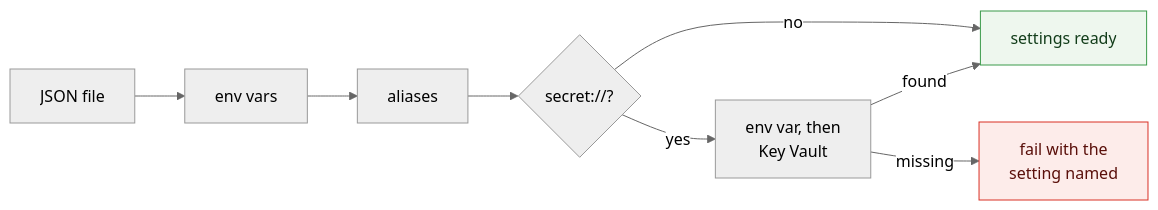
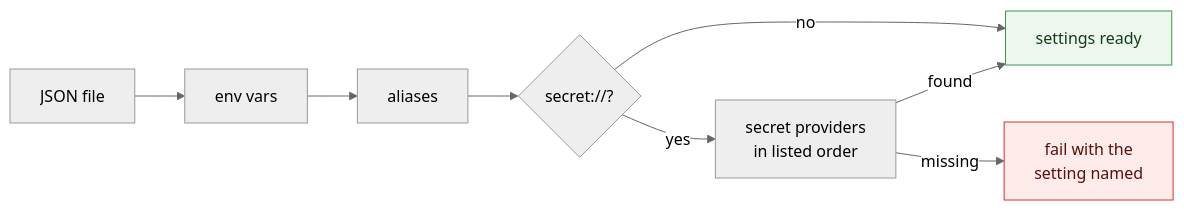
Before and after one commit to ravs788/complete-test-automation-fmw: the fifth of 6 diagrams in docs/DIAGRAMS.md, drawn with Mermaid (neutral theme). The commit also changed other lines of this file and 34 other files, not shown here.

````diff
--- a/docs/DIAGRAMS.md
+++ b/docs/DIAGRAMS.md
@@ -152,13 +152,13 @@
 ```mermaid
 flowchart LR
     J["JSON file"] --> E["env vars"] --> A["aliases"] --> S{"secret://?"}
     S -- no --> OK["settings ready"]
-    S -- yes --> V["env var, then<br/>Key Vault"]
+    S -- yes --> V["secret providers<br/>in listed order"]
     V -- found --> OK
     V -- missing --> F["fail with the<br/>setting named"]
 
     classDef ok fill:#eef7ee,stroke:#3a9a4a,color:#123d1a
     classDef bad fill:#fdecea,stroke:#d93025,color:#5a0f0a
     class OK ok
     class F bad
 ```
````
